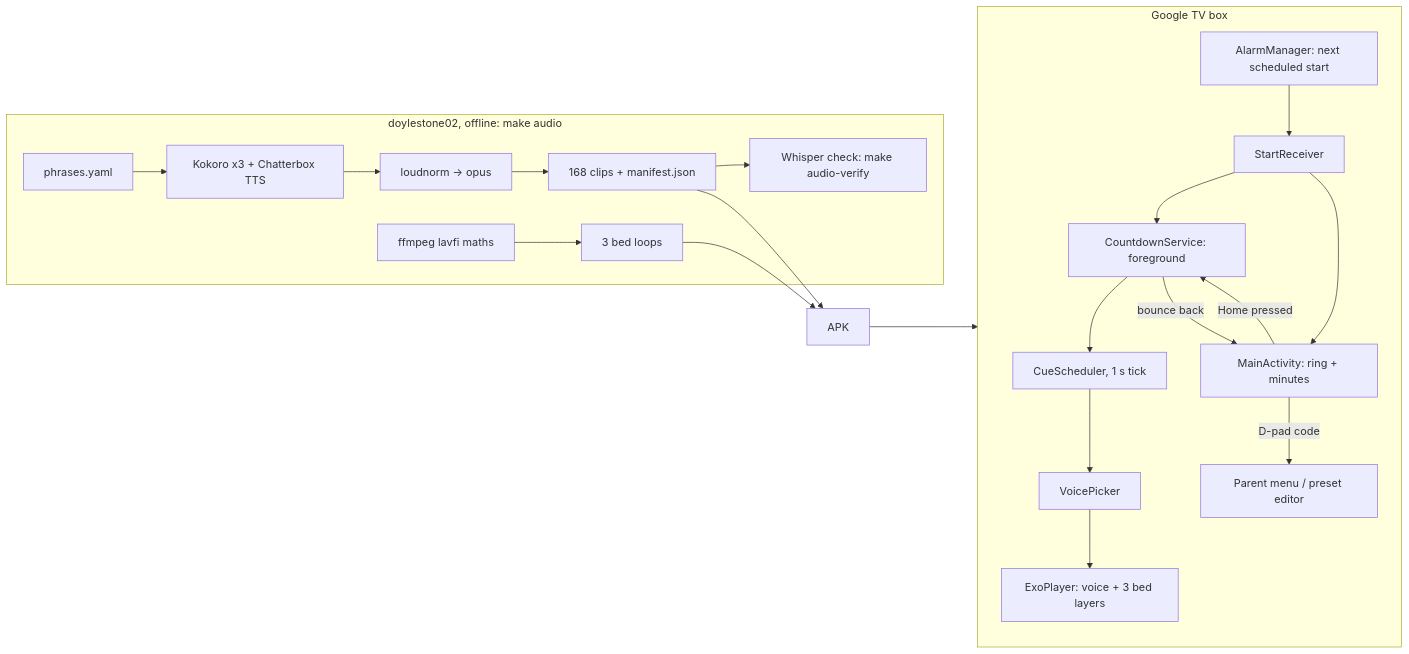
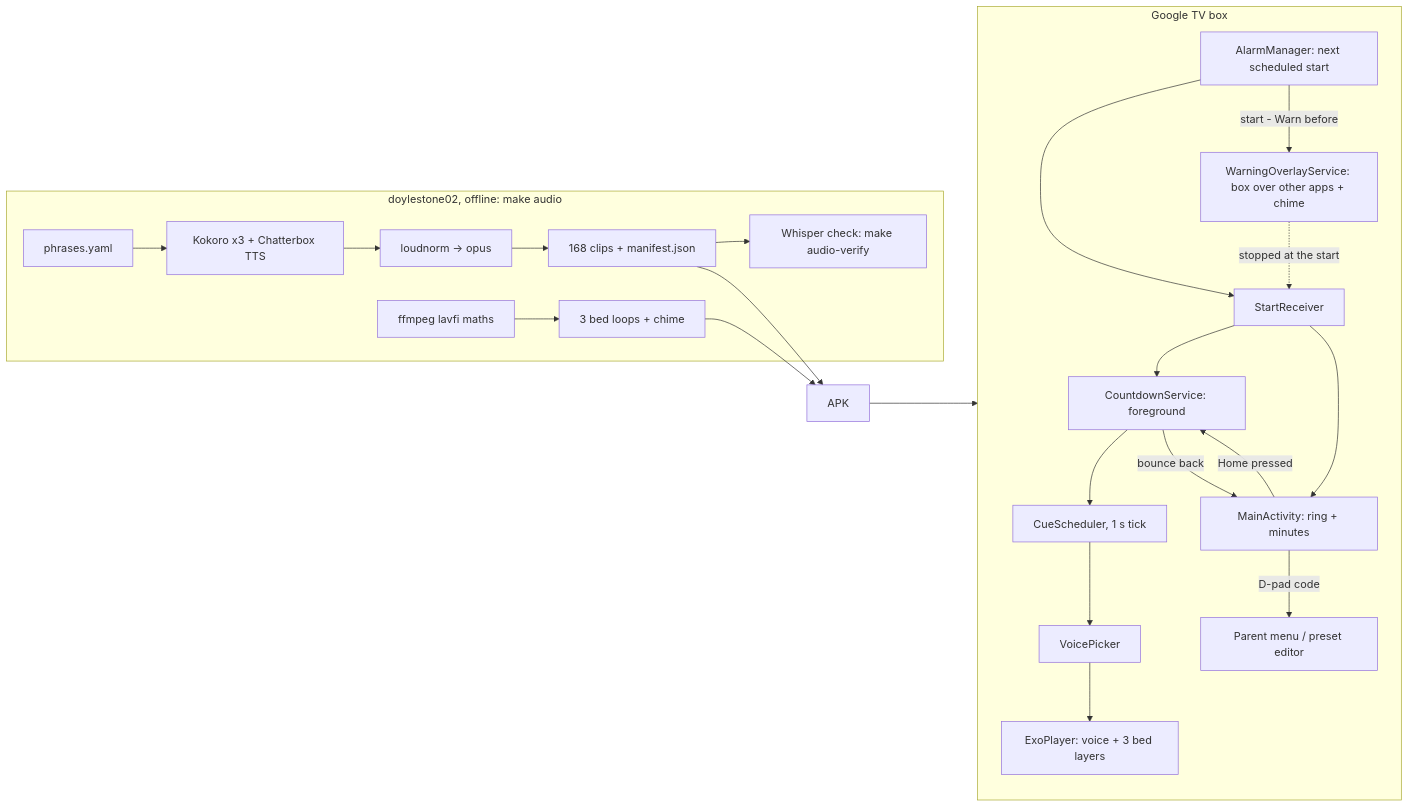
One commit to jonwhittlestone/tools-countusdown changed the diagram in README.md. Above: the diagram before and after it, drawn with Mermaid. The commit also changed other lines of this file and 1 other file, not shown here.

````diff
--- a/README.md
+++ b/README.md
@@ -17,19 +18,21 @@
 ```mermaid
 flowchart LR
   subgraph dev [doylestone02, offline: make audio]
     P[phrases.yaml] --> T[Kokoro x3 + Chatterbox TTS]
-    S[ffmpeg lavfi maths] --> B[3 bed loops]
+    S[ffmpeg lavfi maths] --> B[3 bed loops + chime]
     T --> N[loudnorm -> opus] --> M[168 clips + manifest.json]
     M --> V[Whisper check: make audio-verify]
   end
   subgraph TV [Google TV box]
     A[AlarmManager: next scheduled start] --> R[StartReceiver]
+    A -- start - Warn before --> W[WarningOverlayService: box over other apps + chime]
+    W -. stopped at the start .-> R
     R --> SV[CountdownService: foreground]
     R --> UI[MainActivity: ring + minutes]
     SV --> SCH[CueScheduler, 1 s tick] --> VP[VoicePicker] --> EXO[ExoPlayer: voice + 3 bed layers]
     UI -- Home pressed --> SV -- bounce back --> UI
     UI -- D-pad code --> PM[Parent menu / preset editor]
   end
   M --> APK --> TV
   B --> APK
 ```
````
